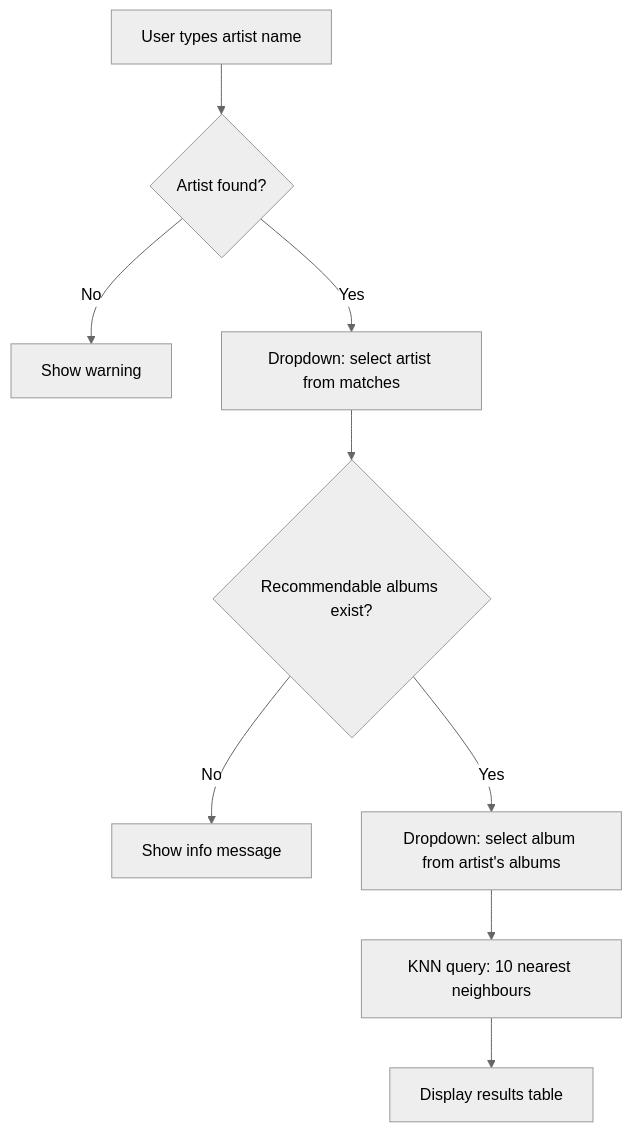
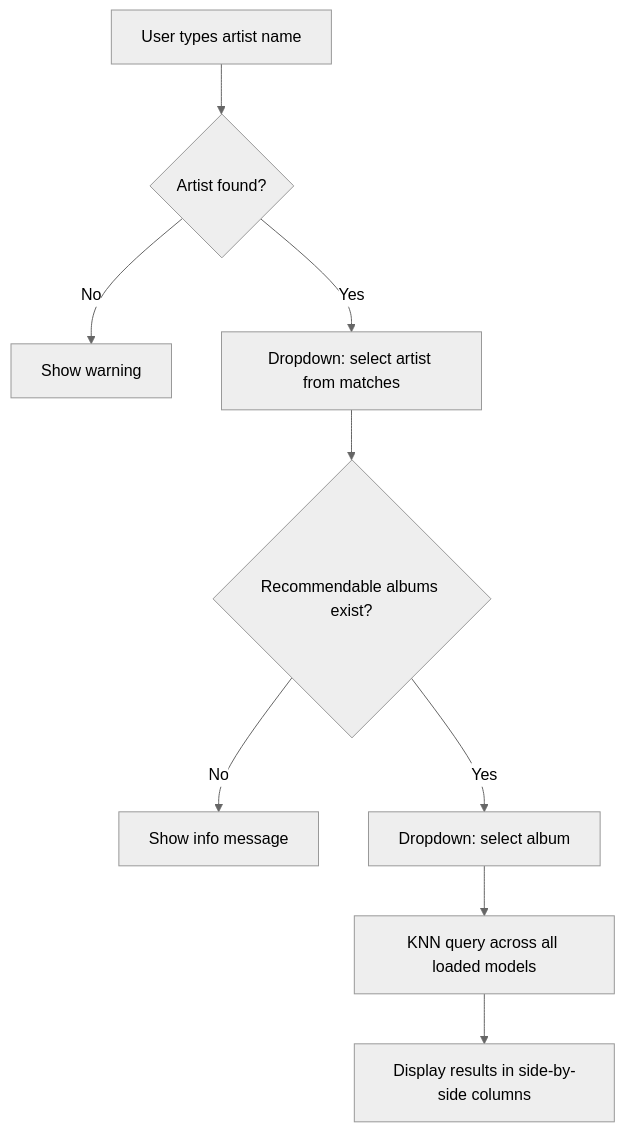
One commit to nmcf/mixtape changed the diagram in docs/05-app.md. Above: the diagram before and after it, drawn with Mermaid (neutral theme). The commit also changed other lines of this file and 5 other files, not shown here.

````diff
--- a/docs/05-app.md
+++ b/docs/05-app.md
@@ -18,11 +26,11 @@
 ```mermaid
 flowchart TD
     A[User types artist name] --> B{Artist found?}
     B -- No --> C[Show warning]
     B -- Yes --> D[Dropdown: select artist from matches]
     D --> E{Recommendable albums exist?}
     E -- No --> F[Show info message]
-    E -- Yes --> G[Dropdown: select album from artist's albums]
-    G --> H[KNN query: 10 nearest neighbours]
-    H --> I[Display results table]
+    E -- Yes --> G[Dropdown: select album]
+    G --> H[KNN query across all loaded models]
+    H --> I[Display results in side-by-side columns]
 ```
````
